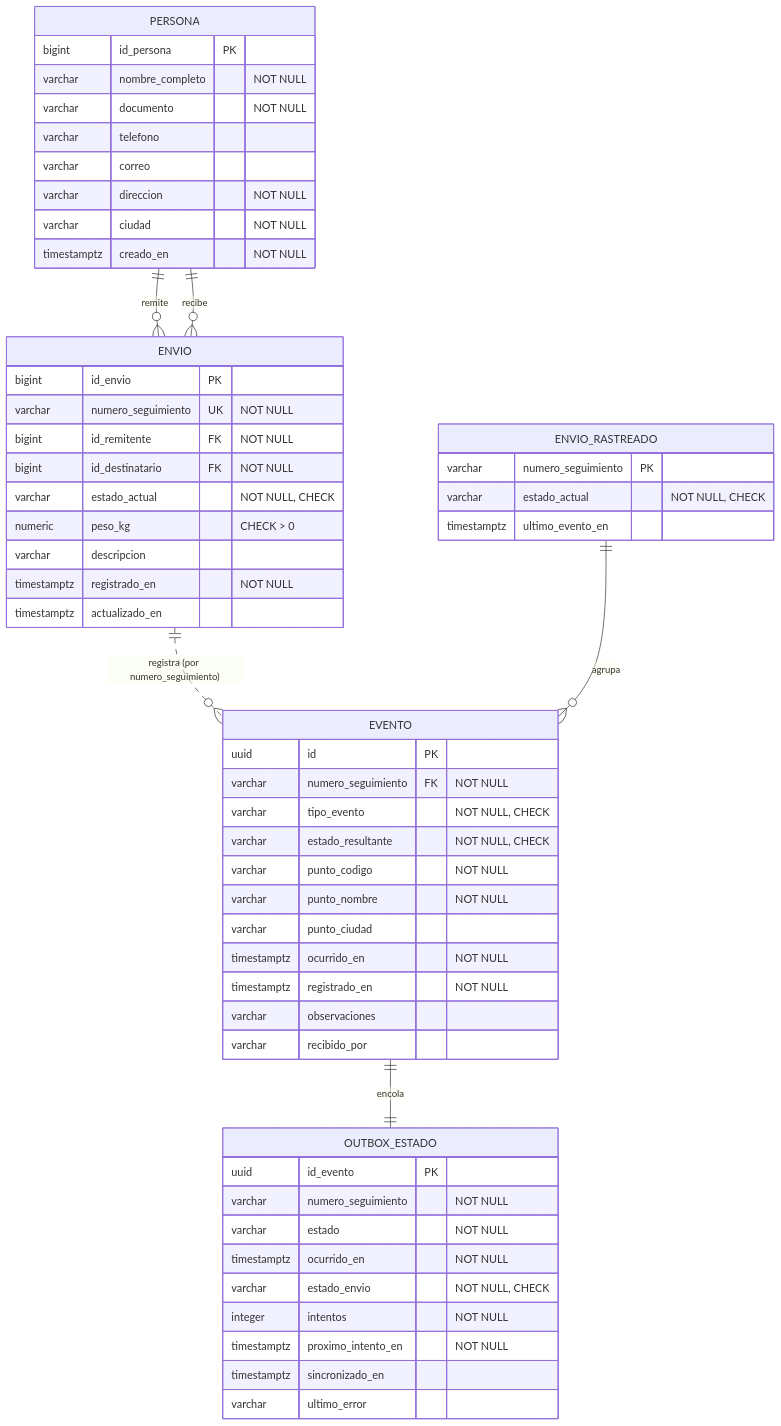
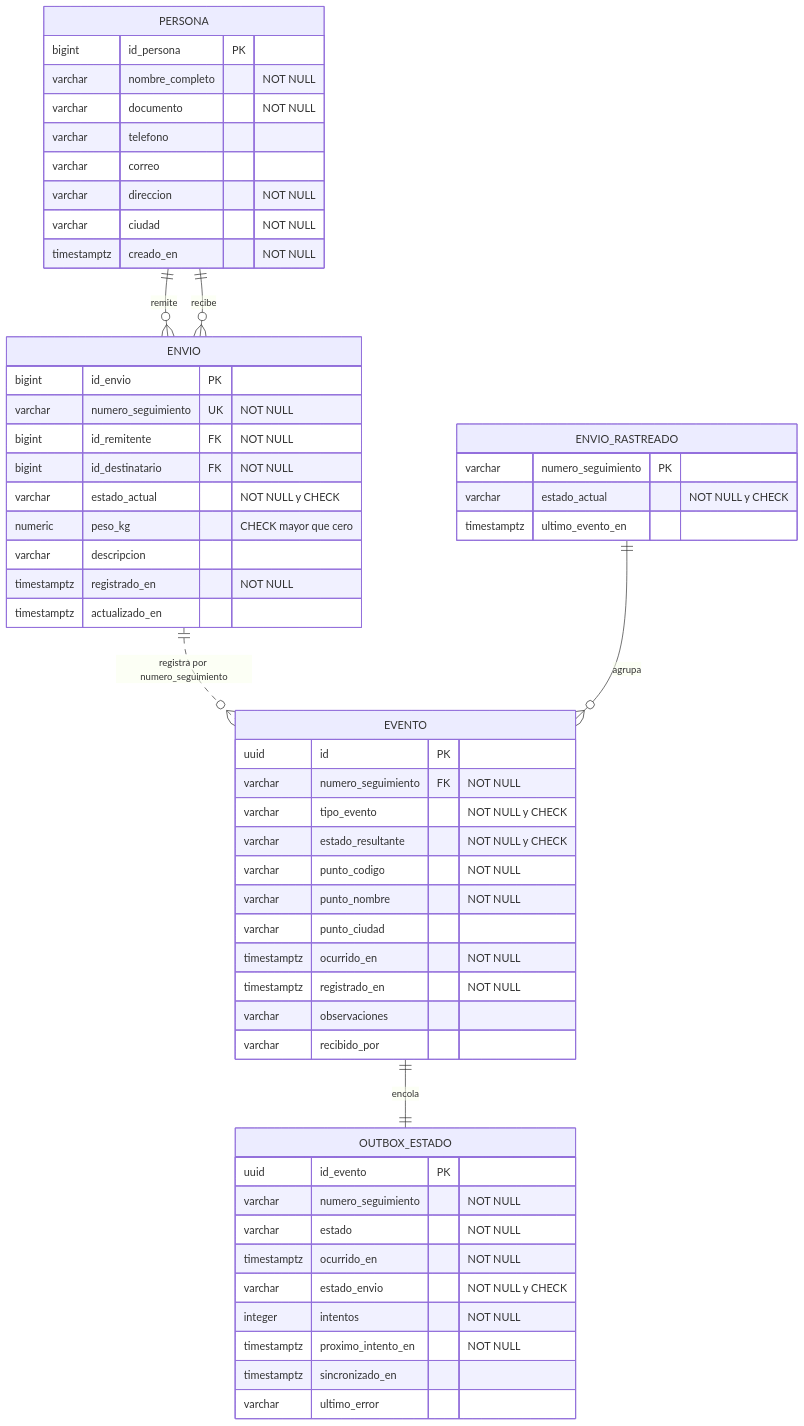
One commit to EynerCG/ms-eventos-HU-02 changed the first of 2 diagrams in docs/base-de-datos/README.md. Above: the diagram before and after it, drawn with Mermaid. The commit also changed 1 other file, not shown here.

Commit message:
fix: corregir sintaxis Mermaid para que los diagramas rendericen en GitHub
GitHub mostraba "Unable to render rich display" en los diagramas. Se
aplica sintaxis estricta: etiquetas de nodo entre comillas, sin HTML
<i>, sin llaves ni asteriscos en etiquetas, y sin comas ni operadores
de comparacion dentro de los comentarios del diagrama ER.

````diff
--- a/docs/base-de-datos/README.md
+++ b/docs/base-de-datos/README.md
@@ -34,63 +34,63 @@
 ```mermaid
 erDiagram
     PERSONA ||--o{ ENVIO : "remite"
     PERSONA ||--o{ ENVIO : "recibe"
-    ENVIO ||..o{ EVENTO : "registra (por numero_seguimiento)"
+    ENVIO ||..o{ EVENTO : "registra por numero_seguimiento"
     ENVIO_RASTREADO ||--o{ EVENTO : "agrupa"
     EVENTO ||--|| OUTBOX_ESTADO : "encola"
 
     PERSONA {
         bigint id_persona PK
         varchar nombre_completo "NOT NULL"
         varchar documento "NOT NULL"
         varchar telefono
         varchar correo
         varchar direccion "NOT NULL"
         varchar ciudad "NOT NULL"
         timestamptz creado_en "NOT NULL"
     }
 
     ENVIO {
         bigint id_envio PK
         varchar numero_seguimiento UK "NOT NULL"
         bigint id_remitente FK "NOT NULL"
         bigint id_destinatario FK "NOT NULL"
-        varchar estado_actual "NOT NULL, CHECK"
-        numeric peso_kg "CHECK > 0"
+        varchar estado_actual "NOT NULL y CHECK"
+        numeric peso_kg "CHECK mayor que cero"
         varchar descripcion
         timestamptz registrado_en "NOT NULL"
         timestamptz actualizado_en
     }
 
     EVENTO {
         uuid id PK
         varchar numero_seguimiento FK "NOT NULL"
-        varchar tipo_evento "NOT NULL, CHECK"
-        varchar estado_resultante "NOT NULL, CHECK"
+        varchar tipo_evento "NOT NULL y CHECK"
+        varchar estado_resultante "NOT NULL y CHECK"
         varchar punto_codigo "NOT NULL"
         varchar punto_nombre "NOT NULL"
         varchar punto_ciudad
         timestamptz ocurrido_en "NOT NULL"
         timestamptz registrado_en "NOT NULL"
         varchar observaciones
         varchar recibido_por
     }
 
     ENVIO_RASTREADO {
         varchar numero_seguimiento PK
-        varchar estado_actual "NOT NULL, CHECK"
+        varchar estado_actual "NOT NULL y CHECK"
         timestamptz ultimo_evento_en
     }
 
     OUTBOX_ESTADO {
         uuid id_evento PK
         varchar numero_seguimiento "NOT NULL"
         varchar estado "NOT NULL"
         timestamptz ocurrido_en "NOT NULL"
-        varchar estado_envio "NOT NULL, CHECK"
+        varchar estado_envio "NOT NULL y CHECK"
         integer intentos "NOT NULL"
         timestamptz proximo_intento_en "NOT NULL"
         timestamptz sincronizado_en
         varchar ultimo_error
     }
 ```
````
